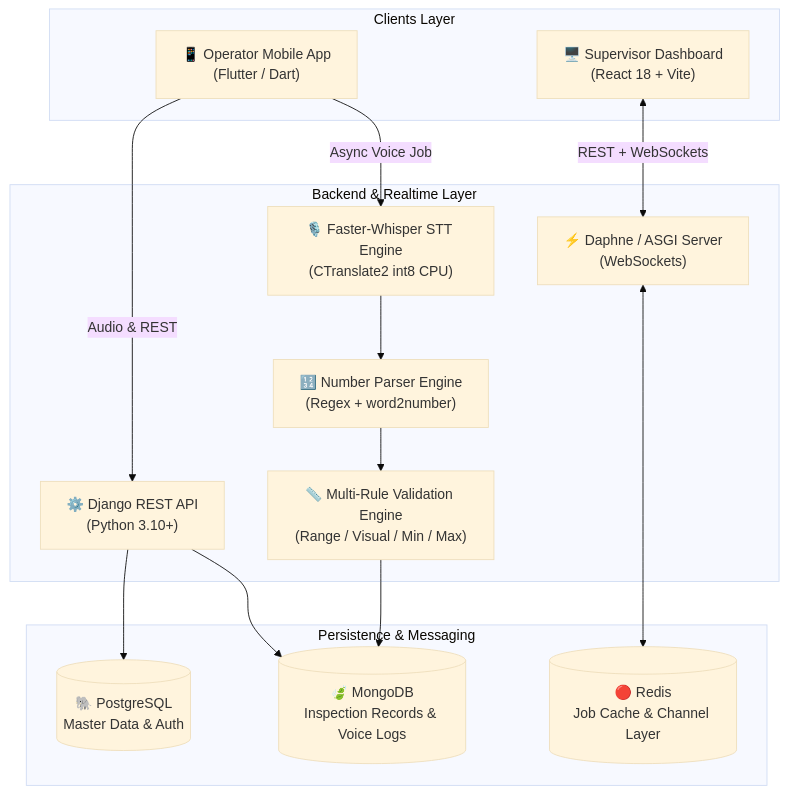
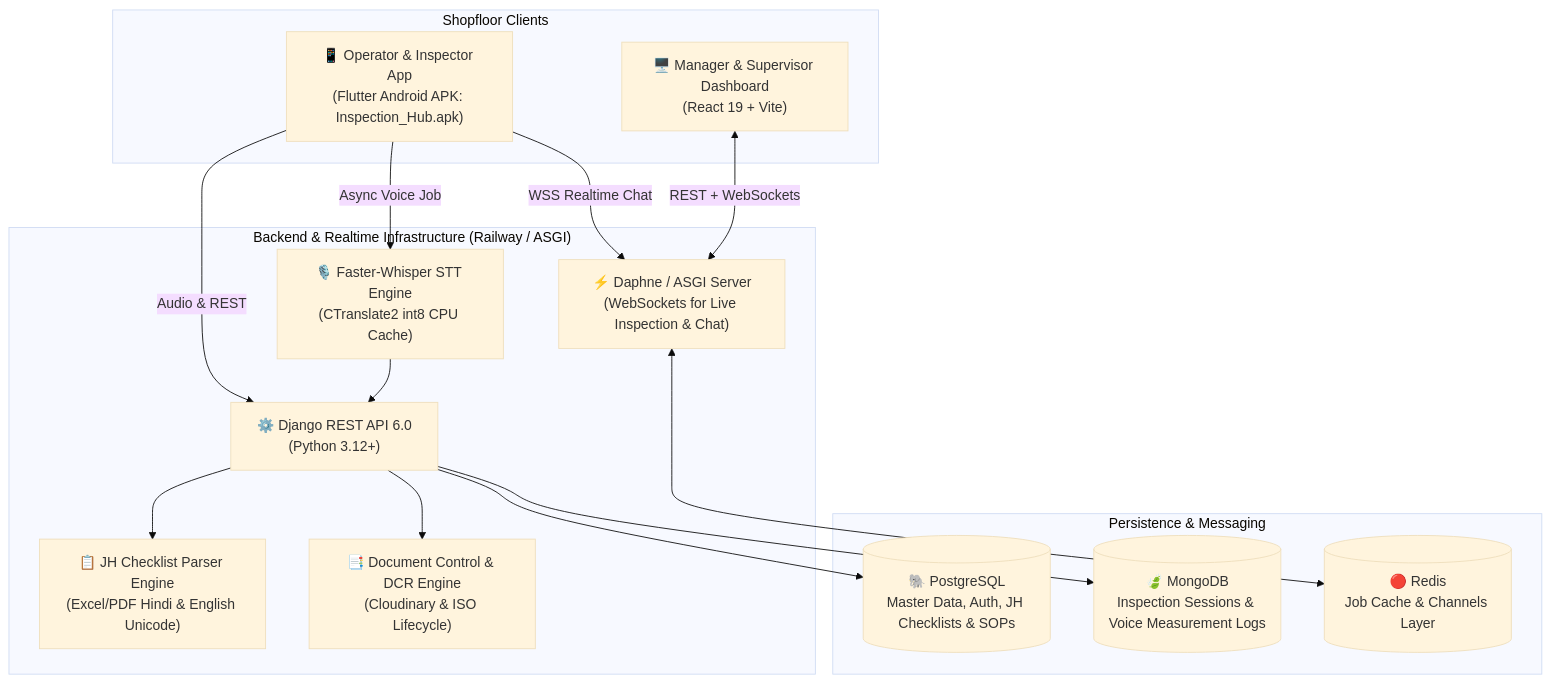
Before and after one commit to Samrudhi1004/Ledger-Entry-Automation: the diagram in README.md, drawn with Mermaid (base theme). The commit also changed other lines of this file, not shown here.

Commit message:
docs: update README.md with comprehensive JH, document control, messaging, and APK guide

````diff
--- a/README.md
+++ b/README.md
@@ -9,31 +11,32 @@
 ```mermaid
 flowchart TB
-    subgraph Clients["Clients Layer"]
-        Mobile["📱 Operator Mobile App\n(Flutter / Dart)"]
-        Dashboard["🖥️ Supervisor Dashboard\n(React 18 + Vite)"]
+    subgraph Clients["Shopfloor Clients"]
+        Mobile["📱 Operator & Inspector App\n(Flutter Android APK: Inspection_Hub.apk)"]
+        Dashboard["🖥️ Manager & Supervisor Dashboard\n(React 19 + Vite)"]
     end
 
-    subgraph Server["Backend & Realtime Layer"]
-        API["⚙️ Django REST API\n(Python 3.10+)"]
-        ASGI["⚡ Daphne / ASGI Server\n(WebSockets)"]
-        Whisper["🎙️ Faster-Whisper STT Engine\n(CTranslate2 int8 CPU)"]
-        Parser["🔢 Number Parser Engine\n(Regex + word2number)"]
-        ValEngine["📏 Multi-Rule Validation Engine\n(Range / Visual / Min / Max)"]
+    subgraph Server["Backend & Realtime Infrastructure (Railway / ASGI)"]
+        API["⚙️ Django REST API 6.0\n(Python 3.12+)"]
+        ASGI["⚡ Daphne / ASGI Server\n(WebSockets for Live Inspection & Chat)"]
+        Whisper["🎙️ Faster-Whisper STT Engine\n(CTranslate2 int8 CPU Cache)"]
+        JHParser["📋 JH Checklist Parser Engine\n(Excel/PDF Hindi & English Unicode)"]
+        DocEngine["📑 Document Control & DCR Engine\n(Cloudinary & ISO Lifecycle)"]
     end
 
     subgraph Data["Persistence & Messaging"]
-        Postgres[(🐘 PostgreSQL\nMaster Data & Auth)]
-        Mongo[(🍃 MongoDB\nInspection Records & Voice Logs)]
-        Redis[(🔴 Redis\nJob Cache & Channel Layer)]
+        Postgres[(🐘 PostgreSQL\nMaster Data, Auth, JH Checklists & SOPs)]
+        Mongo[(🍃 MongoDB\nInspection Sessions & Voice Measurement Logs)]
+        Redis[(🔴 Redis\nJob Cache & Channels Layer)]
     end
 
     Mobile -->|Audio & REST| API
+    Mobile -->|WSS Realtime Chat| ASGI
     Mobile -->|Async Voice Job| Whisper
-    Whisper --> Parser
-    Parser --> ValEngine
-    ValEngine --> Mongo
+    Whisper --> API
     API --> Postgres
     API --> Mongo
+    API --> JHParser
+    API --> DocEngine
     ASGI <--> Redis
     Dashboard <-->|REST + WebSockets| ASGI
 ```
````
